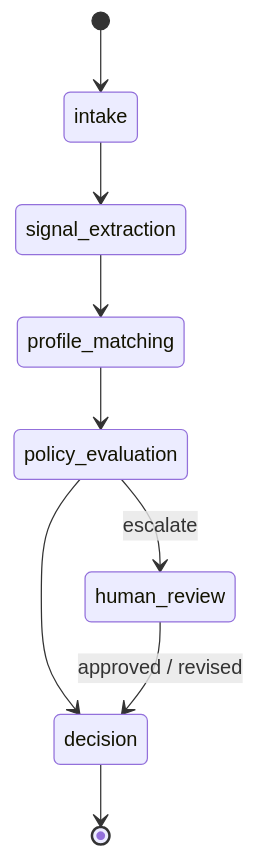
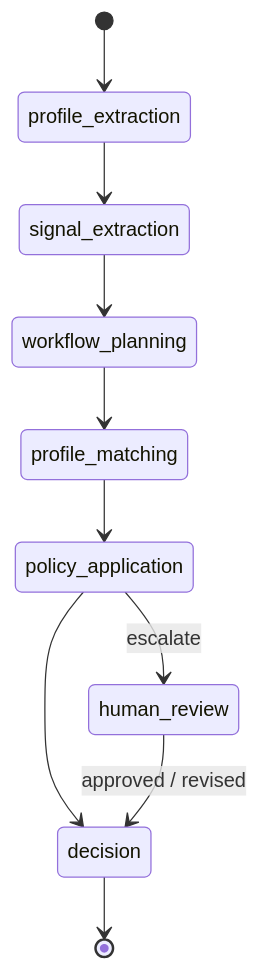
Before and after one commit to skaut-careers/platform: the first of 2 diagrams in docs/ARCHITECTURE.md, drawn with Mermaid. The commit also changed other lines of this file and 35 other files, not shown here.

Commit message:
Refactor bounded application workflow to use CopilotKit runtime

````diff
--- a/docs/ARCHITECTURE.md
+++ b/docs/ARCHITECTURE.md
@@ -9,11 +9,12 @@
 ```mermaid
 stateDiagram-v2
-    [*] --> intake
-    intake --> signal_extraction
-    signal_extraction --> profile_matching
-    profile_matching --> policy_evaluation
-    policy_evaluation --> human_review : escalate
-    policy_evaluation --> decision
+    [*] --> profile_extraction
+    profile_extraction --> signal_extraction
+    signal_extraction --> workflow_planning
+    workflow_planning --> profile_matching
+    profile_matching --> policy_application
+    policy_application --> human_review : escalate
+    policy_application --> decision
     human_review --> decision : approved / revised
     decision --> [*]
 ```
````
